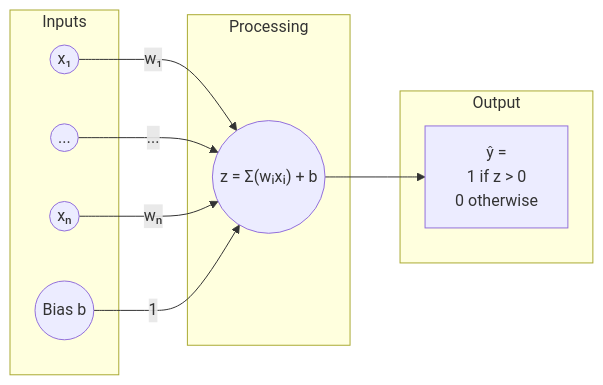
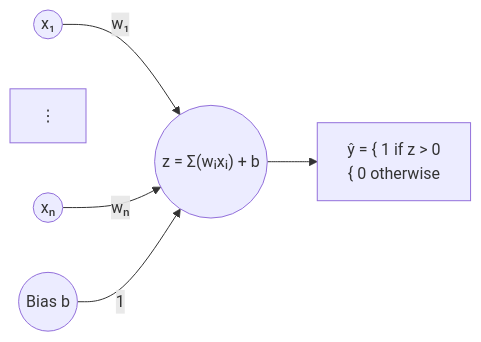
Before and after one commit to Ben-coder1/CMOR-438: the diagram in notebooks_and_data/perceptron/readme.md, drawn with Mermaid.

````diff
--- a/notebooks_and_data/perceptron/readme.md
+++ b/notebooks_and_data/perceptron/readme.md
@@ -39,23 +39,17 @@
 ```mermaid
 flowchart LR
-    subgraph Inputs
-        x1(("x₁"))
-        dots(("..."))
-        xn(("xₙ"))
-        b(("Bias b"))
-    end
+    x1(("x₁"))
+    dots["⋮"]
+    xn(("xₙ"))
+    b(("Bias b"))
 
-    subgraph Processing
-        sum(("z = Σ(wᵢxᵢ) + b"))
-    end
-
-    subgraph Output
-        y["ŷ = <br/>1 if z > 0<br/>0 otherwise"]
-    end
+    sum(("z = Σ(wᵢxᵢ) + b"))
+    
+    y["ŷ = { 1  if  z > 0<br/>      { 0  otherwise"]
 
     x1 -- "w₁" --> sum
-    dots -- "..." --> sum
+    dots ~~~ sum
     xn -- "wₙ" --> sum
     b -- "1" --> sum
     sum --> y
 ```
````
